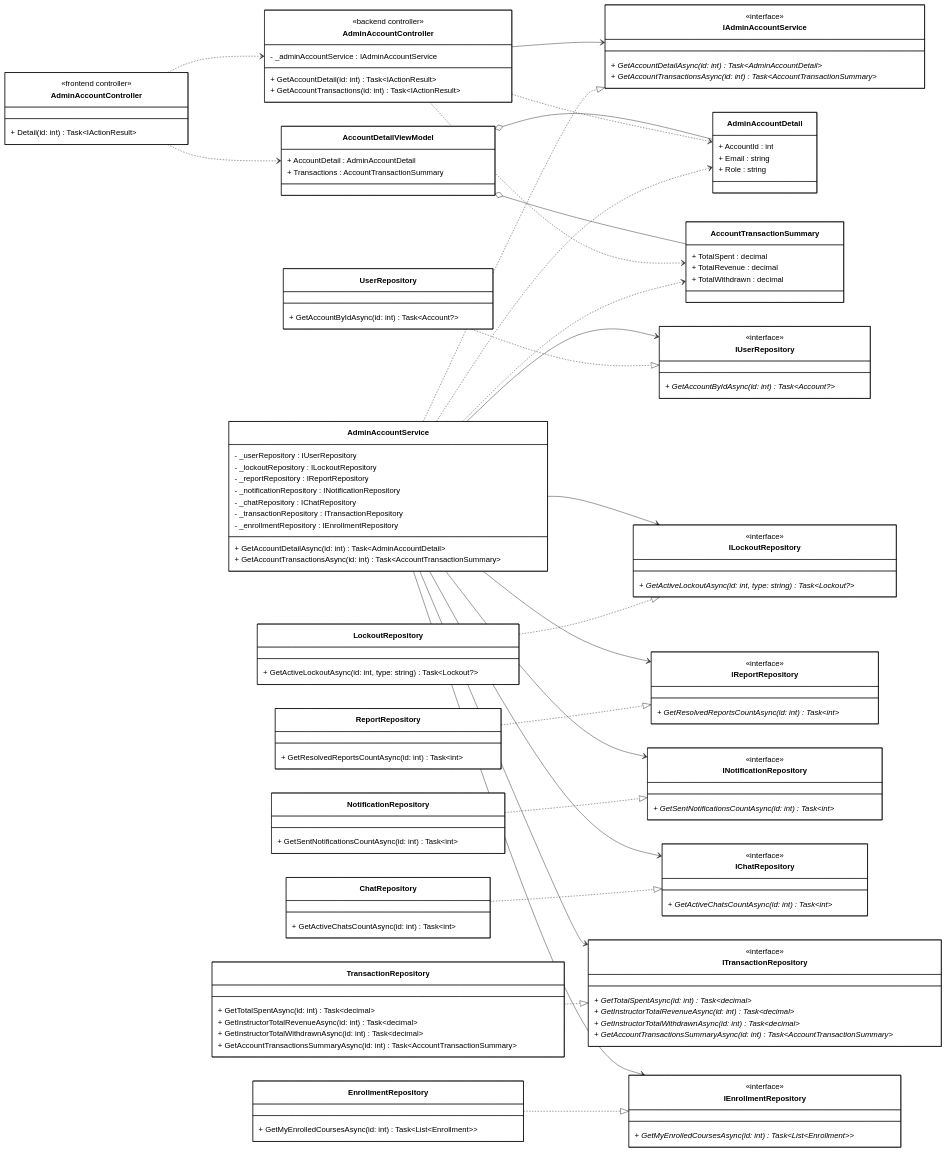
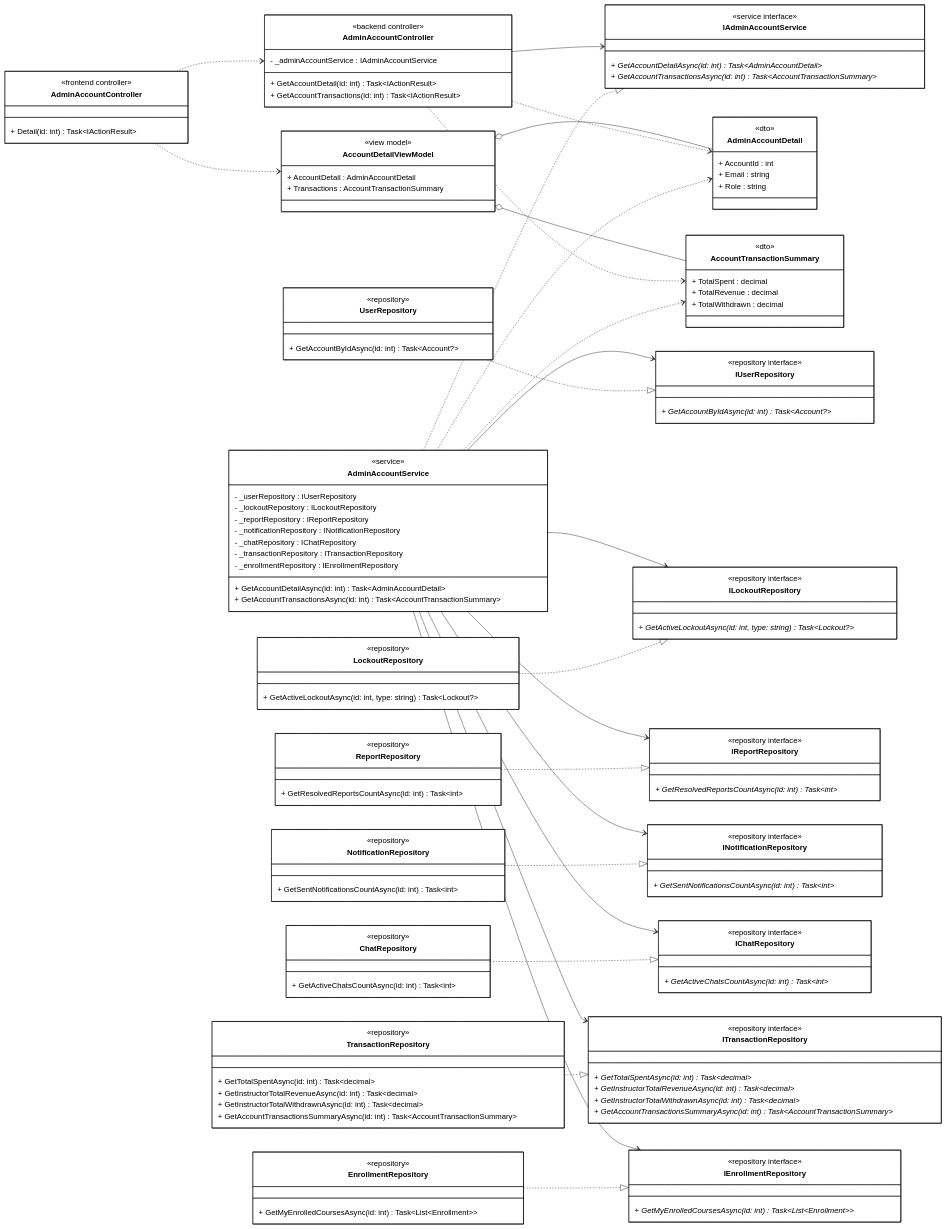
The diagram in diagrams/class_mermaid/manage_account/cls_mm_view_account_detail.mmd (1000do/Linked), drawn with Mermaid before and after one commit. The commit also changed 28 other files, not shown here.

```diff
--- a/diagrams/class_mermaid/manage_account/cls_mm_view_account_detail.mmd
+++ b/diagrams/class_mermaid/manage_account/cls_mm_view_account_detail.mmd
@@ -1,171 +1,182 @@
 classDiagram
 direction LR
 
 %% ==================== FRONTEND ====================
 
 class AdminAccountControllerFE["AdminAccountController"] {
     <<frontend controller>>
     + Detail(id: int) Task~IActionResult~
 }
 
 class AccountDetailViewModel {
+    <<view model>>
     + AccountDetail : AdminAccountDetail
     + Transactions : AccountTransactionSummary
 }
 
 %% ==================== BACKEND - CONTROLLER ====================
 
 class AdminAccountControllerBE["AdminAccountController"] {
     <<backend controller>>
     - _adminAccountService : IAdminAccountService
     
     + GetAccountDetail(id: int) Task~IActionResult~
     + GetAccountTransactions(id: int) Task~IActionResult~
 }
 
 %% ==================== BACKEND - DTOs ====================
 
 class AdminAccountDetail {
+    <<dto>>
     + AccountId : int
     + Email : string
     + Role : string
 }
 
 class AccountTransactionSummary {
+    <<dto>>
     + TotalSpent : decimal
     + TotalRevenue : decimal
     + TotalWithdrawn : decimal
 }
 
 %% ==================== BACKEND - SERVICE INTERFACES ====================
 
 class IAdminAccountService {
-    <<interface>>
+    <<service interface>>
     + GetAccountDetailAsync(id: int) Task~AdminAccountDetail~ *
     + GetAccountTransactionsAsync(id: int) Task~AccountTransactionSummary~ *
 }
 
 class IUserRepository {
-    <<interface>>
+    <<repository interface>>
     + GetAccountByIdAsync(id: int) Task~Account?~ *
 }
 
 class ILockoutRepository {
-    <<interface>>
+    <<repository interface>>
     + GetActiveLockoutAsync(id: int, type: string) Task~Lockout?~ *
 }
 
 class IReportRepository {
-    <<interface>>
+    <<repository interface>>
     + GetResolvedReportsCountAsync(id: int) Task~int~ *
 }
 
 class INotificationRepository {
-    <<interface>>
+    <<repository interface>>
     + GetSentNotificationsCountAsync(id: int) Task~int~ *
 }
 
 class IChatRepository {
-    <<interface>>
+    <<repository interface>>
     + GetActiveChatsCountAsync(id: int) Task~int~ *
 }
 
 class ITransactionRepository {
-    <<interface>>
+    <<repository interface>>
     + GetTotalSpentAsync(id: int) Task~decimal~ *
     + GetInstructorTotalRevenueAsync(id: int) Task~decimal~ *
     + GetInstructorTotalWithdrawnAsync(id: int) Task~decimal~ *
     + GetAccountTransactionsSummaryAsync(id: int) Task~AccountTransactionSummary~ *
 }
 
 class IEnrollmentRepository {
-    <<interface>>
+    <<repository interface>>
     + GetMyEnrolledCoursesAsync(id: int) Task~List~Enrollment~~ *
 }
 
 %% ==================== BACKEND - SERVICE IMPLEMENTATION ====================
 
 class AdminAccountService {
+    <<service>>
     - _userRepository : IUserRepository
     - _lockoutRepository : ILockoutRepository
     - _reportRepository : IReportRepository
     - _notificationRepository : INotificationRepository
     - _chatRepository : IChatRepository
     - _transactionRepository : ITransactionRepository
     - _enrollmentRepository : IEnrollmentRepository
     
     + GetAccountDetailAsync(id: int) Task~AdminAccountDetail~
     + GetAccountTransactionsAsync(id: int) Task~AccountTransactionSummary~
 }
 
 %% ==================== BACKEND - REPOSITORY IMPLEMENTATION ====================
 
 class UserRepository {
+    <<repository>>
     + GetAccountByIdAsync(id: int) Task~Account?~
 }
 
 class LockoutRepository {
+    <<repository>>
     + GetActiveLockoutAsync(id: int, type: string) Task~Lockout?~
 }
 
 class ReportRepository {
+    <<repository>>
     + GetResolvedReportsCountAsync(id: int) Task~int~
 }
 
 class NotificationRepository {
+    <<repository>>
     + GetSentNotificationsCountAsync(id: int) Task~int~
 }
 
 class ChatRepository {
+    <<repository>>
     + GetActiveChatsCountAsync(id: int) Task~int~
 }
 
 class TransactionRepository {
+    <<repository>>
     + GetTotalSpentAsync(id: int) Task~decimal~
     + GetInstructorTotalRevenueAsync(id: int) Task~decimal~
     + GetInstructorTotalWithdrawnAsync(id: int) Task~decimal~
     + GetAccountTransactionsSummaryAsync(id: int) Task~AccountTransactionSummary~
 }
 
 class EnrollmentRepository {
+    <<repository>>
     + GetMyEnrolledCoursesAsync(id: int) Task~List~Enrollment~~
 }
 
 %% ==================== RELATIONSHIPS ====================
 
 %% === AGGREGATION (hollow diamond) ===
 AccountDetailViewModel o-- AdminAccountDetail
 AccountDetailViewModel o-- AccountTransactionSummary
 
 %% === UNIDIRECTIONAL ASSOCIATION (solid arrow) ===
 AdminAccountControllerBE --> IAdminAccountService
 AdminAccountService --> IUserRepository
 AdminAccountService --> ILockoutRepository
 AdminAccountService --> IReportRepository
 AdminAccountService --> INotificationRepository
 AdminAccountService --> IChatRepository
 AdminAccountService --> ITransactionRepository
 AdminAccountService --> IEnrollmentRepository
 
 %% === INTERFACE REALIZATION ===
 AdminAccountService ..|> IAdminAccountService
 UserRepository ..|> IUserRepository
 LockoutRepository ..|> ILockoutRepository
 ReportRepository ..|> IReportRepository
 NotificationRepository ..|> INotificationRepository
 ChatRepository ..|> IChatRepository
 TransactionRepository ..|> ITransactionRepository
 EnrollmentRepository ..|> IEnrollmentRepository
 
 %% === DEPENDENCY (dashed arrows) ===
 AdminAccountControllerFE ..> AdminAccountControllerBE
 AdminAccountControllerFE ..> AccountDetailViewModel
 AdminAccountControllerBE ..> AdminAccountDetail
 AdminAccountControllerBE ..> AccountTransactionSummary
 
 AdminAccountService ..> AdminAccountDetail
 AdminAccountService ..> AccountTransactionSummary
 
 %% ==================== STYLES ====================
 
 classDef default fill:#FFFFFF,stroke:#000000,stroke-width:1px,color:#000000
```
